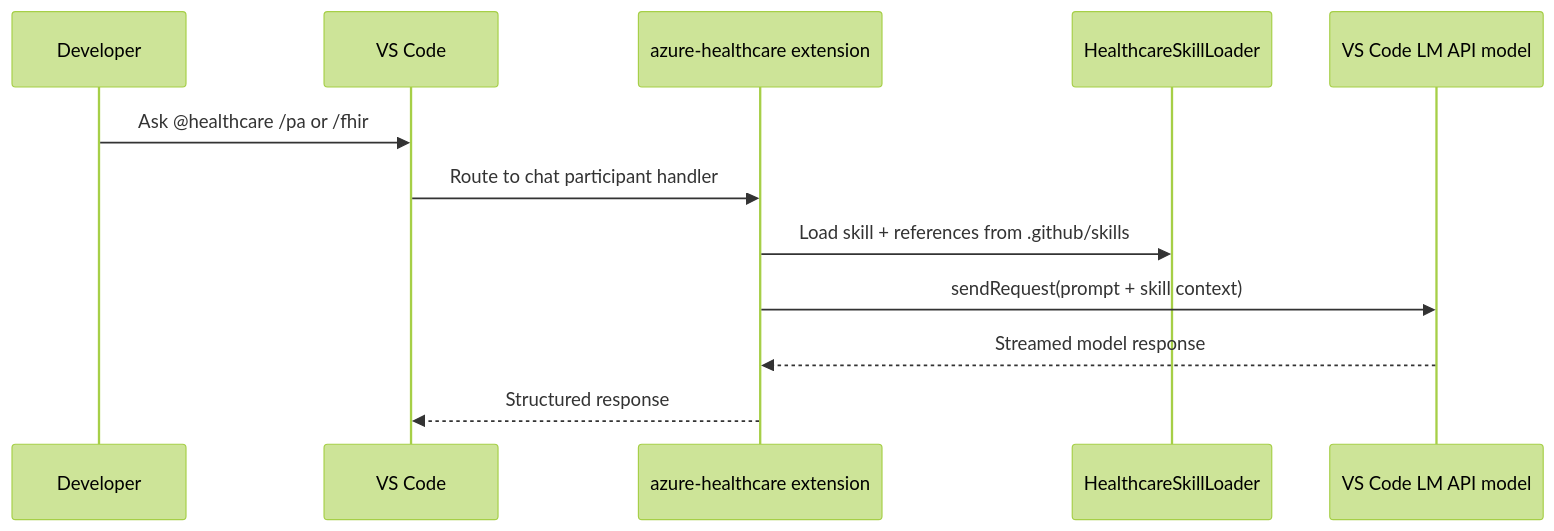
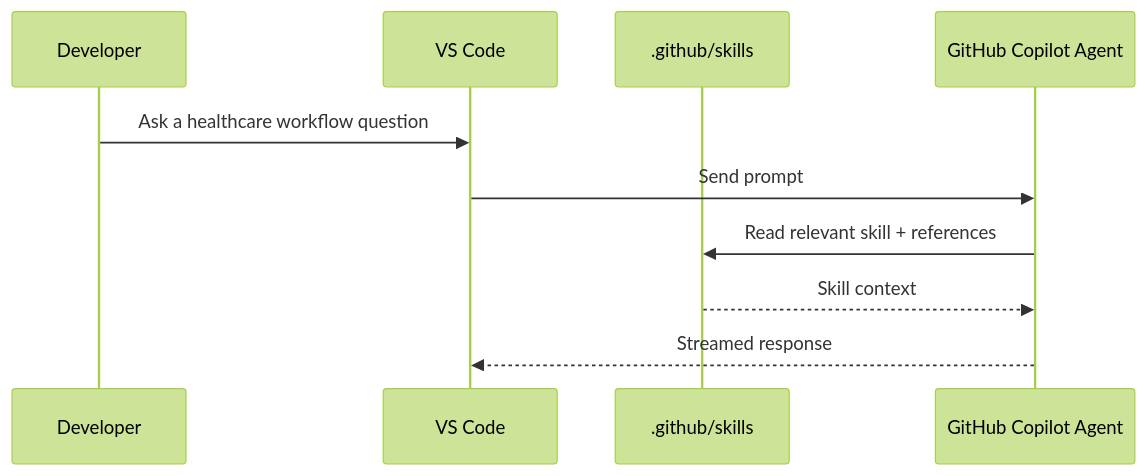
The second of 8 diagrams in docs/SKILLS-FLOW-MAP.md (JinLee794/Azure-Healthcare-Marketplace-Demo), drawn with Mermaid (forest theme) before and after one commit. The commit also changed other lines of this file and 216 other files, not shown here.

````diff
--- a/docs/SKILLS-FLOW-MAP.md
+++ b/docs/SKILLS-FLOW-MAP.md
@@ -29,15 +25,13 @@
 ```mermaid
 sequenceDiagram
     participant Dev as Developer
     participant VS as VS Code
-    participant Ext as azure-healthcare extension
-    participant Loader as HealthcareSkillLoader
-    participant LLM as VS Code LM API model
+    participant Repo as .github/skills
+    participant LLM as GitHub Copilot Agent
 
-    Dev->>VS: Ask @healthcare /pa or /fhir
-    VS->>Ext: Route to chat participant handler
-    Ext->>Loader: Load skill + references from .github/skills
-    Ext->>LLM: sendRequest(prompt + skill context)
-    LLM-->>Ext: Streamed model response
-    Ext-->>VS: Structured response
+    Dev->>VS: Ask a healthcare workflow question
+    VS->>LLM: Send prompt
+    LLM->>Repo: Read relevant skill + references
+    Repo-->>LLM: Skill context
+    LLM-->>VS: Streamed response
 ```
````
